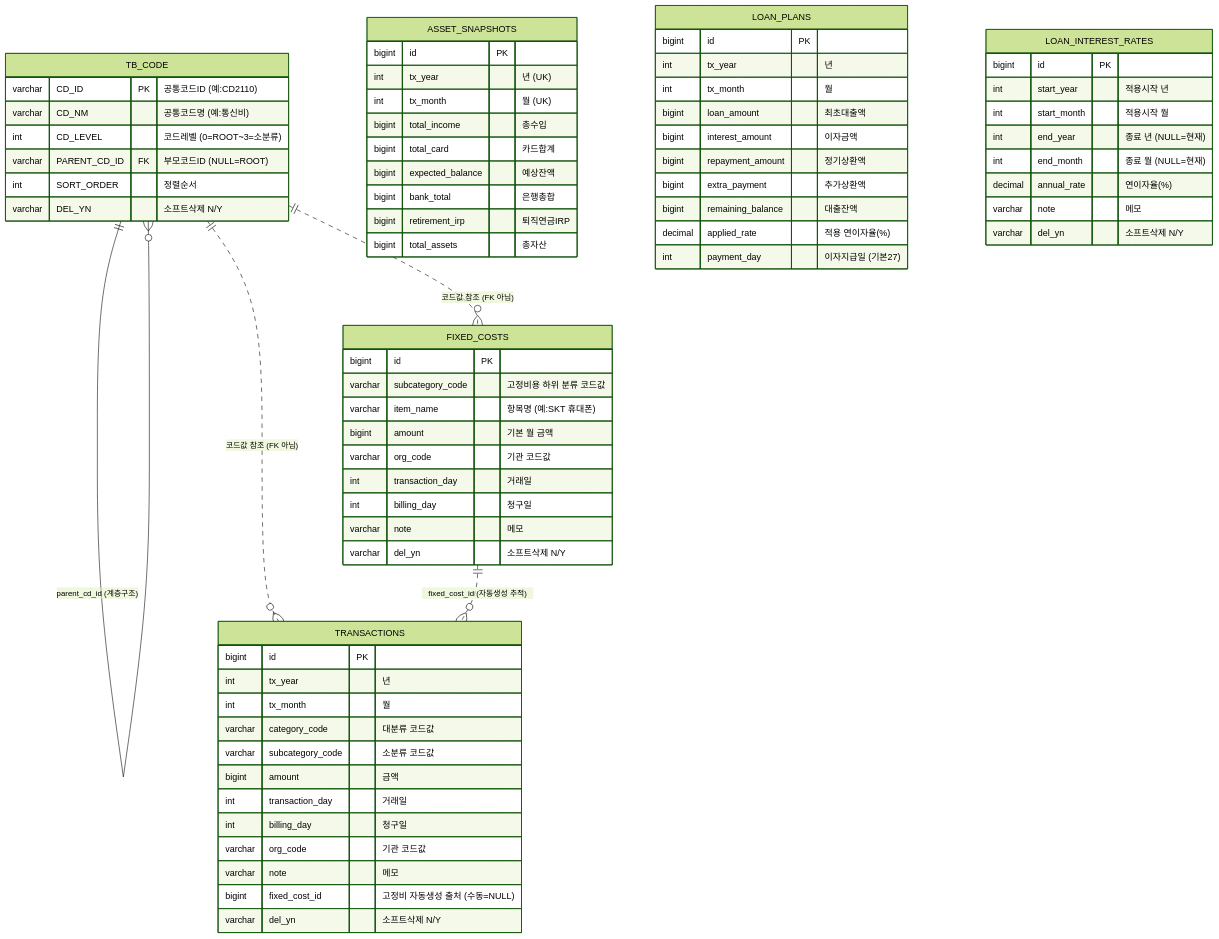
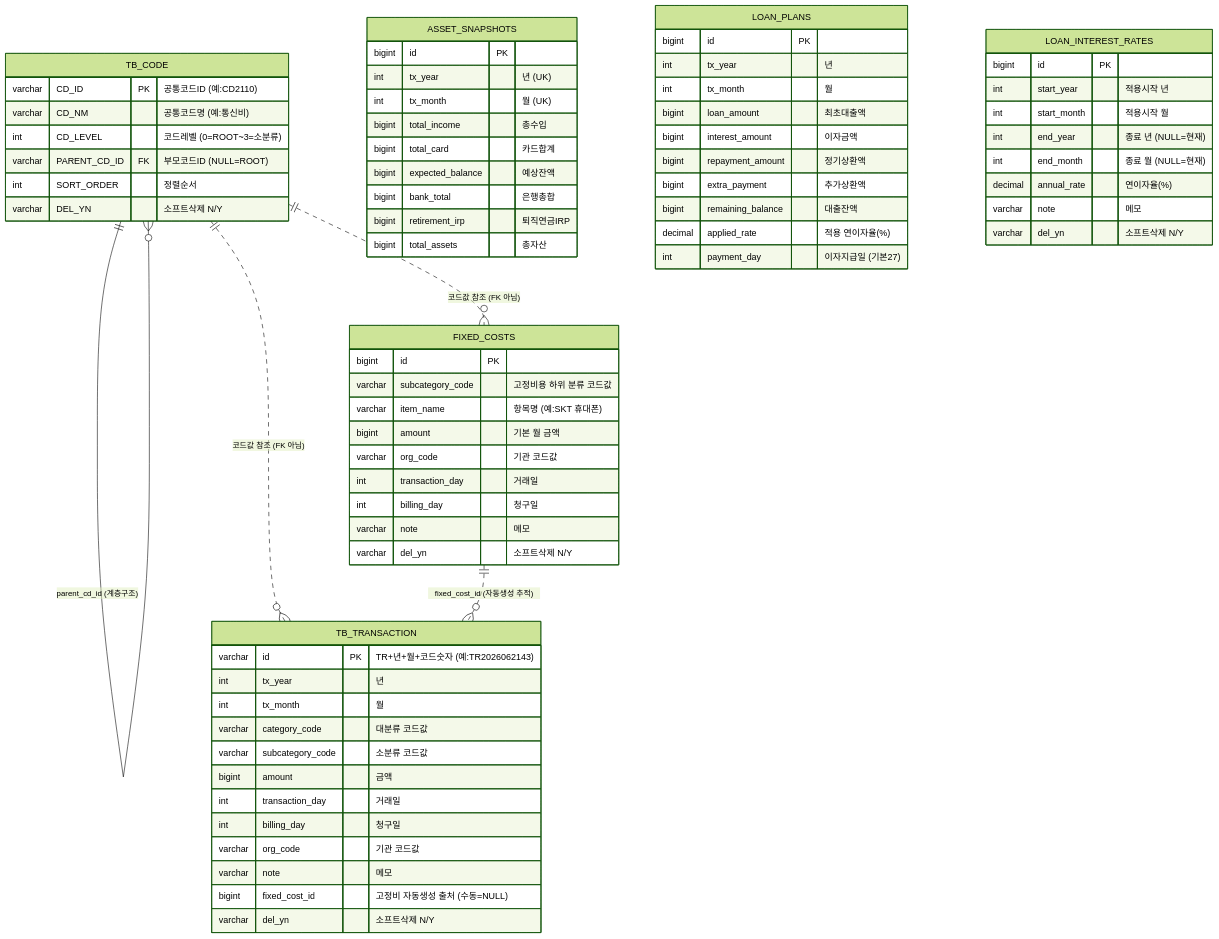
One commit to yeonzii/finance-app changed the diagram in ERD.md. Above: the diagram before and after it, drawn with Mermaid (forest theme). The commit also changed other lines of this file and 5 other files, not shown here.

First line of the commit message:
refactor: transactions → TB_TRANSACTION, PK를 의미있는 varchar로

````diff
--- a/ERD.md
+++ b/ERD.md
@@ -8,79 +8,79 @@
 ```mermaid
 erDiagram
     TB_CODE ||--o{ TB_CODE : "parent_cd_id (계층구조)"
-    TB_CODE ||..o{ TRANSACTIONS : "코드값 참조 (FK 아님)"
+    TB_CODE ||..o{ TB_TRANSACTION : "코드값 참조 (FK 아님)"
     TB_CODE ||..o{ FIXED_COSTS : "코드값 참조 (FK 아님)"
-    FIXED_COSTS ||..o{ TRANSACTIONS : "fixed_cost_id (자동생성 추적)"
+    FIXED_COSTS ||..o{ TB_TRANSACTION : "fixed_cost_id (자동생성 추적)"
 
     TB_CODE {
         varchar CD_ID PK "공통코드ID (예:CD2110)"
         varchar CD_NM "공통코드명 (예:통신비)"
         int CD_LEVEL "코드레벨 (0=ROOT~3=소분류)"
         varchar PARENT_CD_ID FK "부모코드ID (NULL=ROOT)"
         int SORT_ORDER "정렬순서"
         varchar DEL_YN "소프트삭제 N/Y"
     }
 
-    TRANSACTIONS {
-        bigint id PK
+    TB_TRANSACTION {
+        varchar id PK "TR+년+월+코드숫자 (예:TR2026062143)"
         int tx_year "년"
         int tx_month "월"
         varchar category_code "대분류 코드값"
         varchar subcategory_code "소분류 코드값"
         bigint amount "금액"
         int transaction_day "거래일"
         int billing_day "청구일"
         varchar org_code "기관 코드값"
         varchar note "메모"
         bigint fixed_cost_id "고정비 자동생성 출처 (수동=NULL)"
         varchar del_yn "소프트삭제 N/Y"
     }
 
     FIXED_COSTS {
         bigint id PK
         varchar subcategory_code "고정비용 하위 분류 코드값"
         varchar item_name "항목명 (예:SKT 휴대폰)"
         bigint amount "기본 월 금액"
         varchar org_code "기관 코드값"
         int transaction_day "거래일"
         int billing_day "청구일"
         varchar note "메모"
         varchar del_yn "소프트삭제 N/Y"
     }
 
     ASSET_SNAPSHOTS {
         bigint id PK
         int tx_year "년 (UK)"
         int tx_month "월 (UK)"
         bigint total_income "총수입"
         bigint total_card "카드합계"
         bigint expected_balance "예상잔액"
         bigint bank_total "은행총합"
         bigint retirement_irp "퇴직연금IRP"
         bigint total_assets "총자산"
     }
 
     LOAN_PLANS {
         bigint id PK
         int tx_year "년"
         int tx_month "월"
         bigint loan_amount "최초대출액"
         bigint interest_amount "이자금액"
         bigint repayment_amount "정기상환액"
         bigint extra_payment "추가상환액"
         bigint remaining_balance "대출잔액"
         decimal applied_rate "적용 연이자율(%)"
         int payment_day "이자지급일 (기본27)"
     }
 
     LOAN_INTEREST_RATES {
         bigint id PK
         int start_year "적용시작 년"
         int start_month "적용시작 월"
         int end_year "종료 년 (NULL=현재)"
         int end_month "종료 월 (NULL=현재)"
         decimal annual_rate "연이자율(%)"
         varchar note "메모"
         varchar del_yn "소프트삭제 N/Y"
     }
 ```
````
